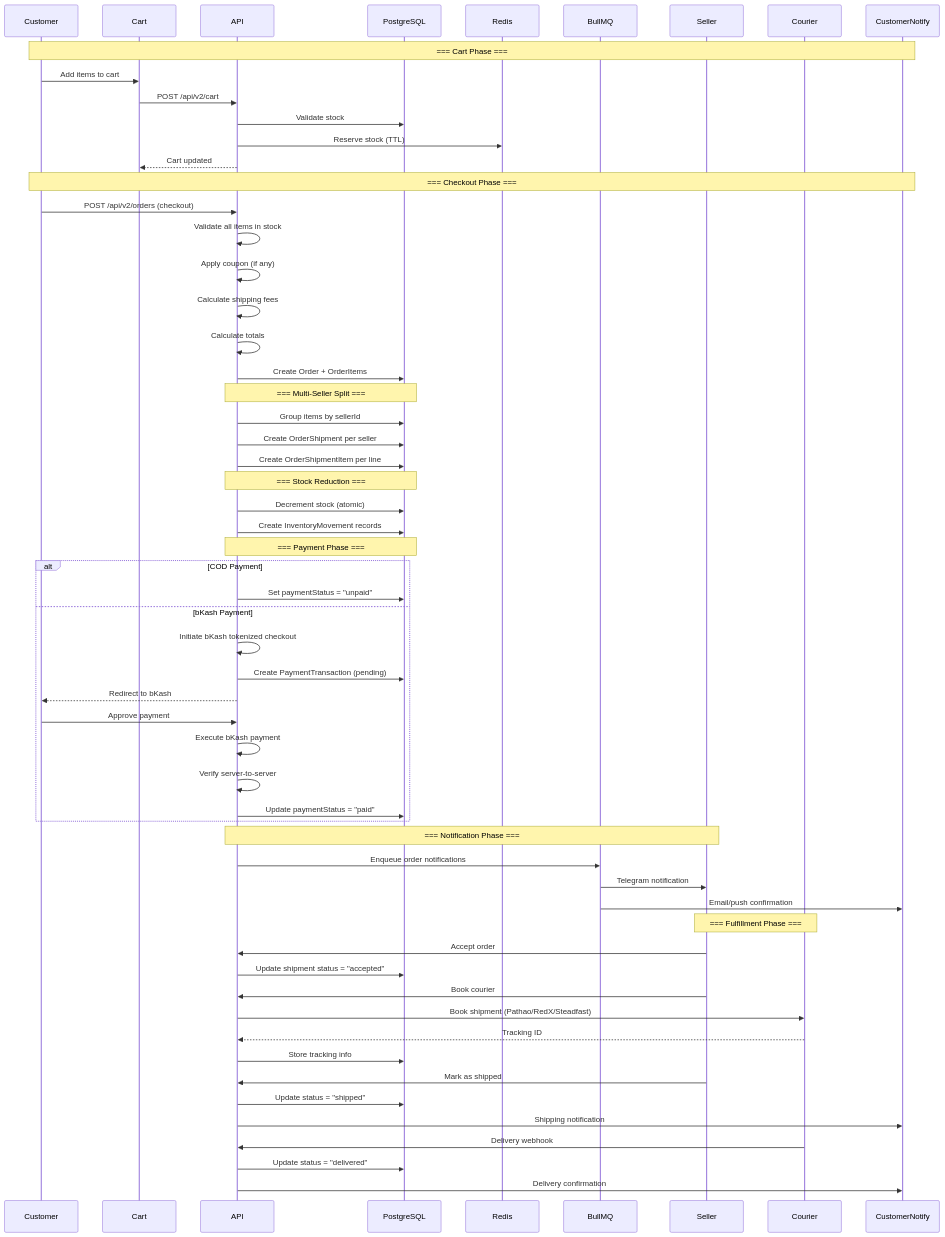
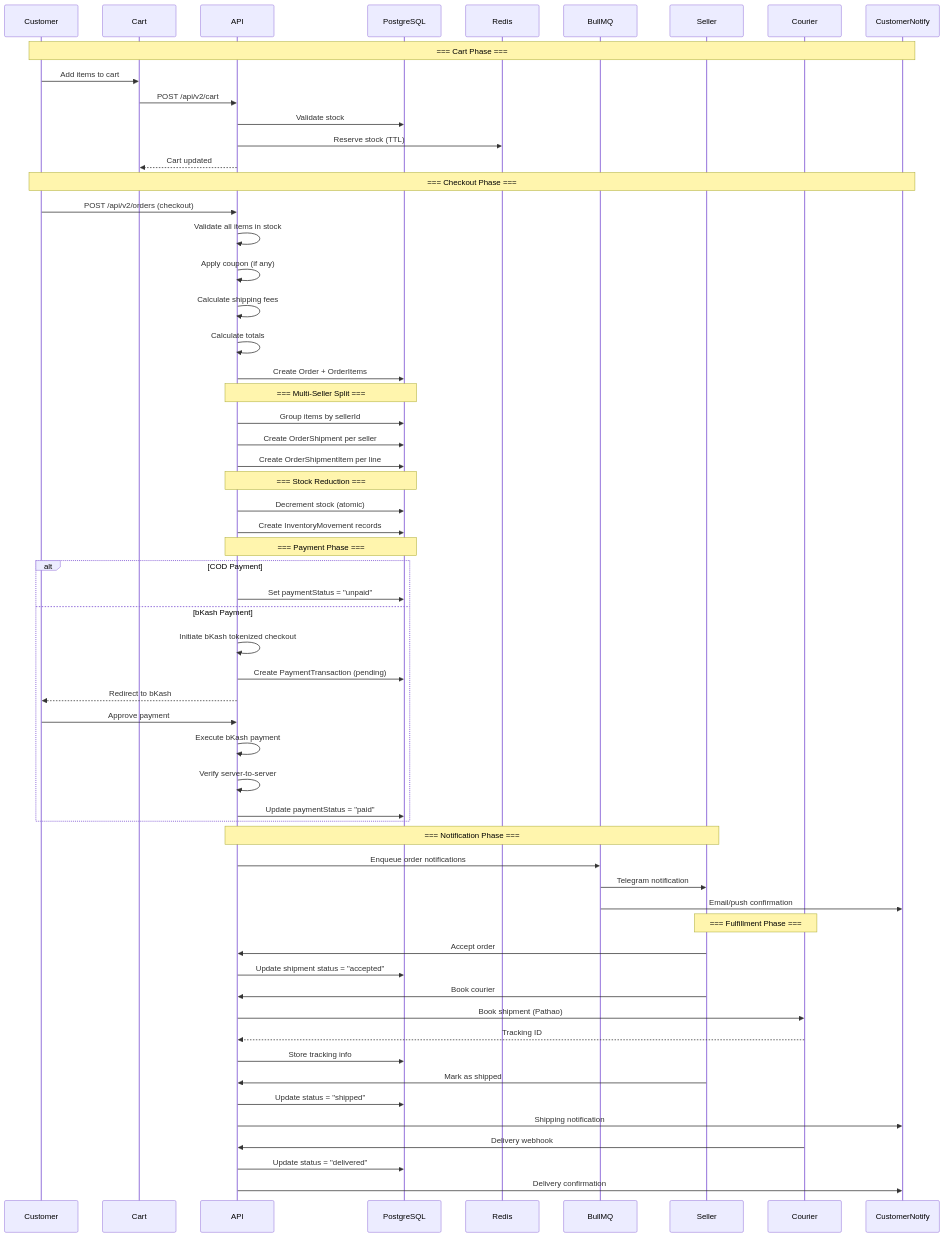
One commit to Suhan-Ahmad226/LofiMart changed the first of 8 diagrams in docs/Order-Flow.md. Above: the diagram before and after it, drawn with Mermaid. The commit also changed other lines of this file and 672 other files, not shown here.

Commit message:
refactor: consolidate marketplace architecture and features

````diff
--- a/docs/Order-Flow.md
+++ b/docs/Order-Flow.md
@@ -11,69 +11,69 @@
 ```mermaid
 sequenceDiagram
     participant Customer
     participant Cart
     participant API
     participant DB as PostgreSQL
     participant Redis
     participant Queue as BullMQ
     participant Seller
     participant Courier
     participant CustomerNotify
 
     Note over Customer,CustomerNotify: === Cart Phase ===
     Customer->>Cart: Add items to cart
     Cart->>API: POST /api/v2/cart
     API->>DB: Validate stock
     API->>Redis: Reserve stock (TTL)
     API-->>Cart: Cart updated
 
     Note over Customer,CustomerNotify: === Checkout Phase ===
     Customer->>API: POST /api/v2/orders (checkout)
     API->>API: Validate all items in stock
     API->>API: Apply coupon (if any)
     API->>API: Calculate shipping fees
     API->>API: Calculate totals
     API->>DB: Create Order + OrderItems
     
     Note over API,DB: === Multi-Seller Split ===
     API->>DB: Group items by sellerId
     API->>DB: Create OrderShipment per seller
     API->>DB: Create OrderShipmentItem per line
     
     Note over API,DB: === Stock Reduction ===
     API->>DB: Decrement stock (atomic)
     API->>DB: Create InventoryMovement records
     
     Note over API,DB: === Payment Phase ===
     alt COD Payment
         API->>DB: Set paymentStatus = "unpaid"
     else bKash Payment
         API->>API: Initiate bKash tokenized checkout
         API->>DB: Create PaymentTransaction (pending)
         API-->>Customer: Redirect to bKash
         Customer->>API: Approve payment
         API->>API: Execute bKash payment
         API->>API: Verify server-to-server
         API->>DB: Update paymentStatus = "paid"
     end
     
     Note over API,Seller: === Notification Phase ===
     API->>Queue: Enqueue order notifications
     Queue->>Seller: Telegram notification
     Queue->>CustomerNotify: Email/push confirmation
     
     Note over Seller,Courier: === Fulfillment Phase ===
     Seller->>API: Accept order
     API->>DB: Update shipment status = "accepted"
     Seller->>API: Book courier
-    API->>Courier: Book shipment (Pathao/RedX/Steadfast)
+    API->>Courier: Book shipment (Pathao)
     Courier-->>API: Tracking ID
     API->>DB: Store tracking info
     Seller->>API: Mark as shipped
     API->>DB: Update status = "shipped"
     API->>CustomerNotify: Shipping notification
     
     Courier->>API: Delivery webhook
     API->>DB: Update status = "delivered"
     API->>CustomerNotify: Delivery confirmation
 ```
````
